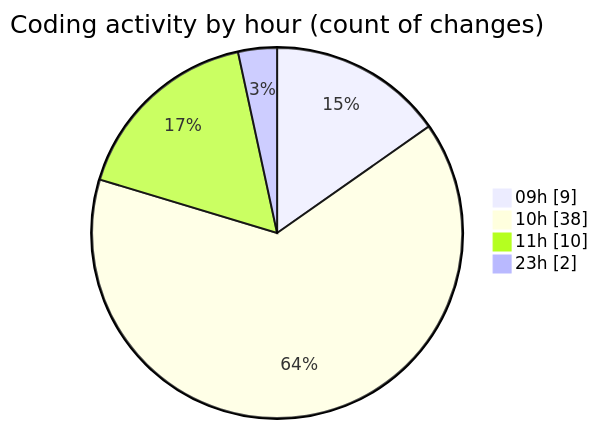
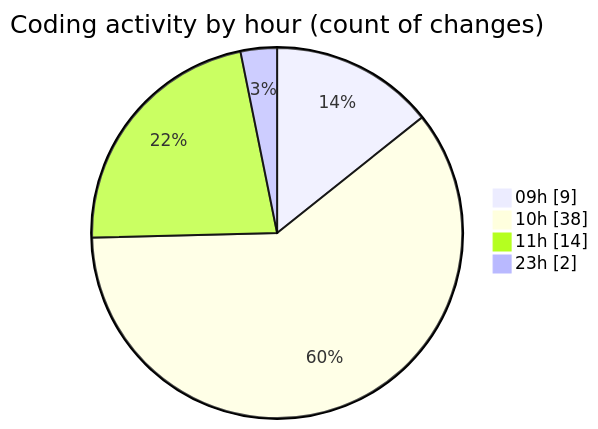
The second of 2 diagrams in 2025-05-19/niten/README.md (Elitesun/code-tracking), drawn with Mermaid before and after one commit. The commit also changed other lines of this file and 1 other file, not shown here.

````diff
--- a/2025-05-19/niten/README.md
+++ b/2025-05-19/niten/README.md
@@ -50,8 +50,8 @@
 ```mermaid
 pie showData
 title Coding activity by hour (count of changes)
 "09h" : 9
 "10h" : 38
-"11h" : 10
+"11h" : 14
 "23h" : 2
 ```
````
